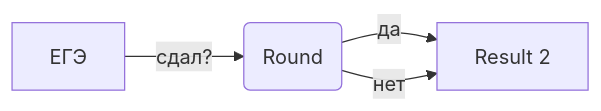
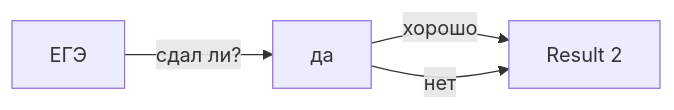
The diagram in README.md (taya02/taya02.github.io), drawn with Mermaid before and after one commit.

````diff
--- a/README.md
+++ b/README.md
@@ -29,8 +29,8 @@
 ```mermaid
 flowchart LR
 
-A[ЕГЭ] -->|сдал?| B(Round)
-B -->|да| C[Result 1]
+A[ЕГЭ] -->|сдал ли?| B[да]
+B -->|хорошо| C[Result 1]
 B -->|нет| C[Result 2]
 C
 ```
````
